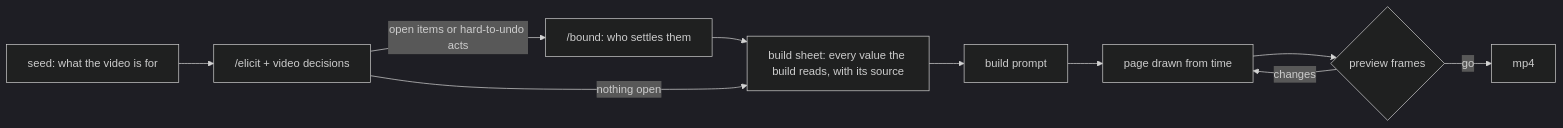
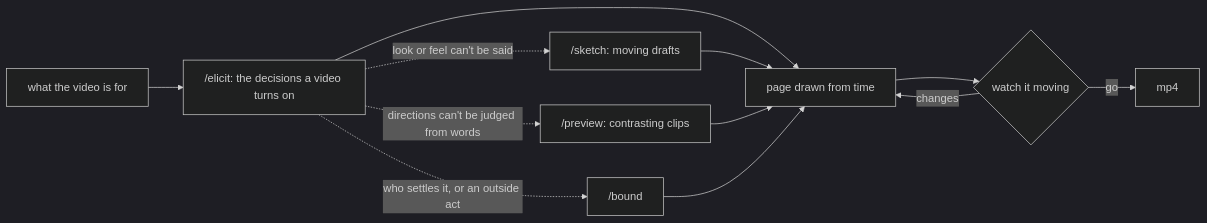
Before and after one commit to jongwony/cc-plugin: the diagram in motion/README.md, drawn with Mermaid (dark theme). The commit also changed other lines of this file and 6 other files, not shown here.

First line of the commit message:
refactor(motion): recompose around sketch/preview, strip the mechanical layer

````diff
--- a/motion/README.md
+++ b/motion/README.md
@@ -5,12 +5,14 @@
 ```mermaid
 flowchart LR
-  A[seed: what the video is for] --> B["/elicit + video decisions"]
-  B -- open items or hard-to-undo acts --> G["/bound: who settles them"]
-  G --> S
-  B -- nothing open --> S[build sheet: every value the build reads, with its source]
-  S --> C[build prompt]
-  C --> D[page drawn from time]
-  D --> E{preview frames}
-  E -- changes --> D
-  E -- go --> F[mp4]
+  A[what the video is for] --> B["/elicit: the decisions a video turns on"]
+  B --> P[page drawn from time]
+  B -. look or feel can't be said .-> S["/sketch: moving drafts"]
+  B -. directions can't be judged from words .-> V["/preview: contrasting clips"]
+  B -. who settles it, or an outside act .-> D["/bound"]
+  S --> P
+  V --> P
+  D --> P
+  P --> W{watch it moving}
+  W -- changes --> P
+  W -- go --> M[mp4]
 ```
````
